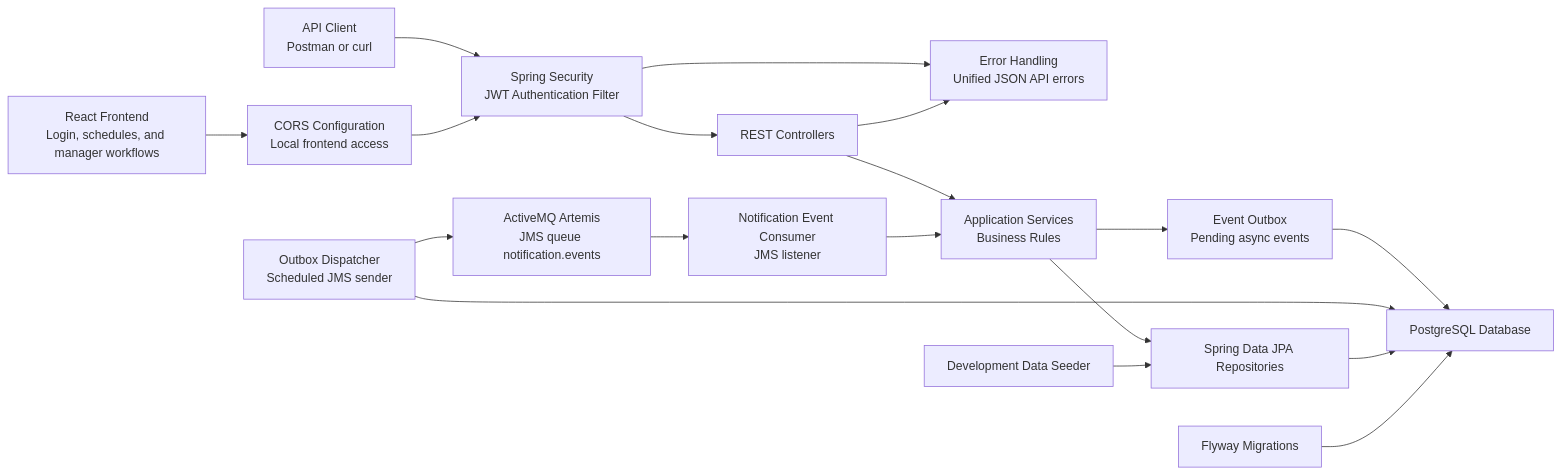
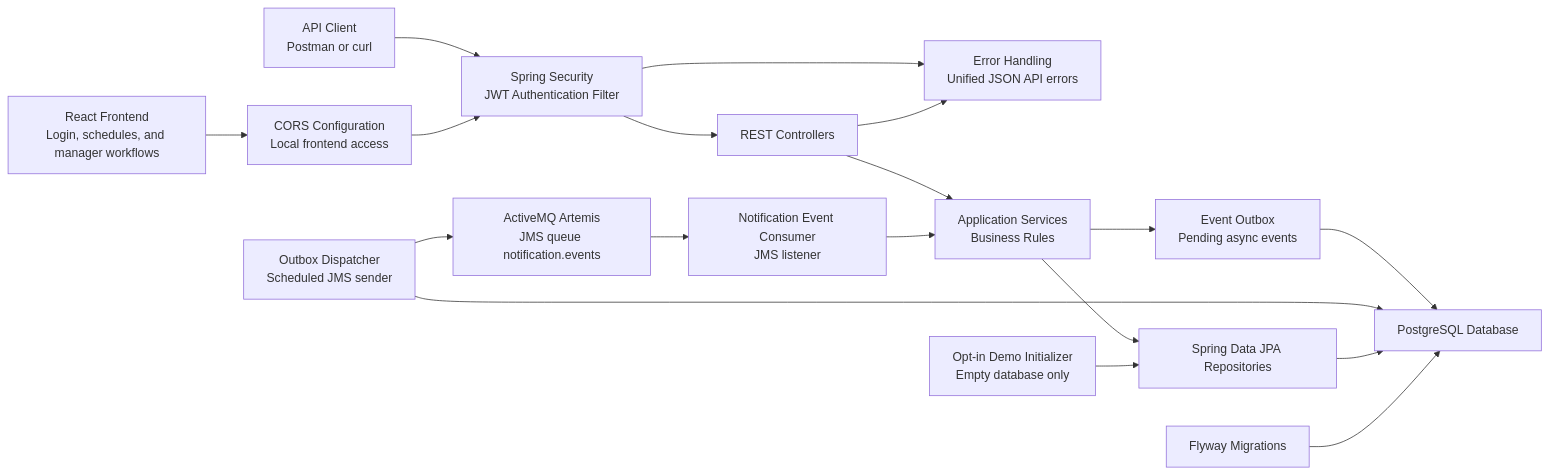
One commit to HiliMor/shift-management-system changed the first of 20 diagrams in docs/current-backend-architecture.md. Above: the diagram before and after it, drawn with Mermaid. The commit also changed other lines of this file and 9 other files, not shown here.

````diff
--- a/docs/current-backend-architecture.md
+++ b/docs/current-backend-architecture.md
@@ -9,36 +9,36 @@
 ```mermaid
 flowchart LR
     react["React Frontend<br/>Login, schedules, and manager workflows"]
     apiClient["API Client<br/>Postman or curl"]
     security["Spring Security<br/>JWT Authentication Filter"]
     cors["CORS Configuration<br/>Local frontend access"]
     controllers["REST Controllers"]
     errorHandling["Error Handling<br/>Unified JSON API errors"]
     services["Application Services<br/>Business Rules"]
     outbox["Event Outbox<br/>Pending async events"]
     dispatcher["Outbox Dispatcher<br/>Scheduled JMS sender"]
     jms["ActiveMQ Artemis<br/>JMS queue notification.events"]
     consumer["Notification Event Consumer<br/>JMS listener"]
     repositories["Spring Data JPA Repositories"]
     database["PostgreSQL Database"]
     flyway["Flyway Migrations"]
-    seed["Development Data Seeder"]
+    seed["Opt-in Demo Initializer<br/>Empty database only"]
 
     react --> cors
     apiClient --> security
     cors --> security
     security --> controllers
     security --> errorHandling
     controllers --> services
     controllers --> errorHandling
     services --> outbox
     services --> repositories
     outbox --> database
     dispatcher --> database
     dispatcher --> jms
     jms --> consumer
     consumer --> services
     repositories --> database
     flyway --> database
     seed --> repositories
 ```
````
